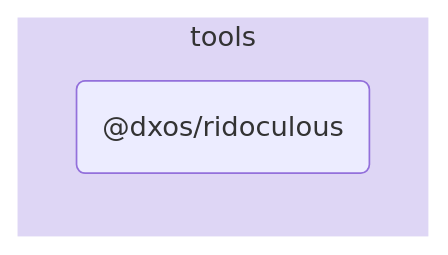
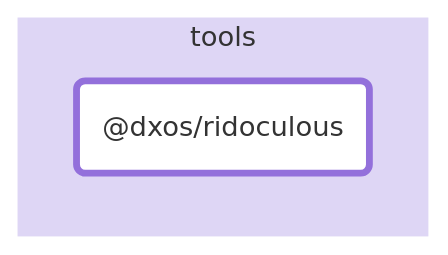
Before and after one commit to dxos/dxos: the diagram in tools/ridoculous/docs/README.md, drawn with Mermaid. The commit also changed other lines of this file and 88 other files, not shown here.

````diff
--- a/tools/ridoculous/docs/README.md
+++ b/tools/ridoculous/docs/README.md
@@ -5,9 +7,12 @@
 ```mermaid
 flowchart LR;
+
+style dxos/ridoculous fill:#fff,stroke-width:4px;
+
 
 subgraph tools
   style tools fill:#ded6f5,stroke:#fff;
   dxos/ridoculous("@dxos/ridoculous");
 end
 
 ```
````
